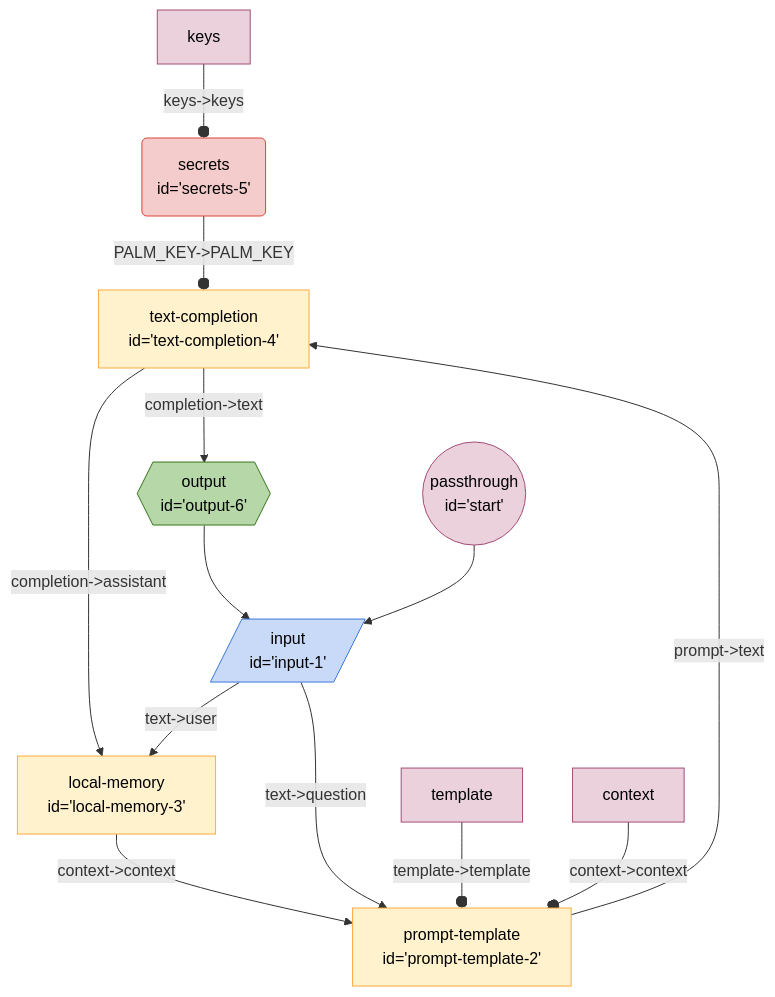
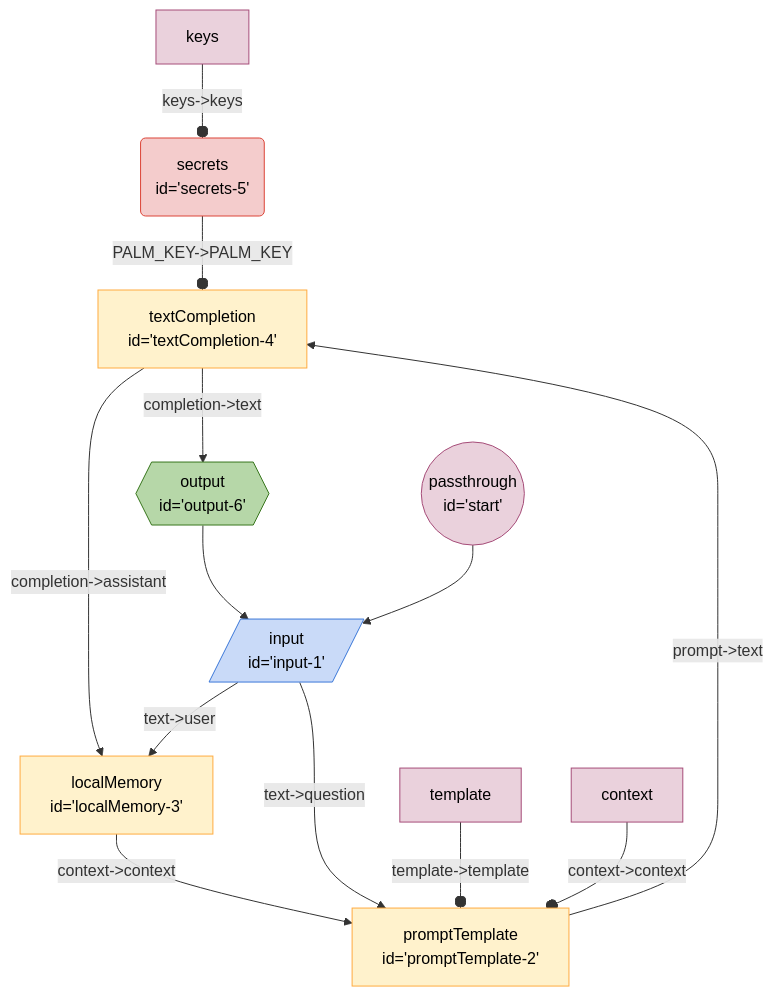
The diagram in seeds/graph-playground/docs/graphs/accumulating-context.md (breadboard-ai/breadboard), drawn with Mermaid before and after one commit. The commit also changed 41 other files, not shown here.

````diff
--- a/seeds/graph-playground/docs/graphs/accumulating-context.md
+++ b/seeds/graph-playground/docs/graphs/accumulating-context.md
@@ -5,42 +5,42 @@
   ```mermaid
   %%{init: 'themeVariables': { 'fontFamily': 'Fira Code, monospace' }}%%
 graph TD;
 secrets5("secrets
-id='secrets-5'"):::secrets -- "PALM_KEY->PALM_KEY" --o textcompletion4["text-completion
-id='text-completion-4'"]
-localmemory3["local-memory
-id='local-memory-3'"] -- "context->context" --> prompttemplate2["prompt-template
-id='prompt-template-2'"]
-textcompletion4["text-completion
-id='text-completion-4'"] -- "completion->assistant" --> localmemory3["local-memory
-id='local-memory-3'"]
+id='secrets-5'"):::secrets -- "PALM_KEY->PALM_KEY" --o textCompletion4["textCompletion
+id='textCompletion-4'"]
+localMemory3["localMemory
+id='localMemory-3'"] -- "context->context" --> promptTemplate2["promptTemplate
+id='promptTemplate-2'"]
+textCompletion4["textCompletion
+id='textCompletion-4'"] -- "completion->assistant" --> localMemory3["localMemory
+id='localMemory-3'"]
 output6{{"output
 id='output-6'"}}:::output --> input1[/"input
 id='input-1'"/]:::input
-textcompletion4["text-completion
-id='text-completion-4'"] -- "completion->text" --> output6{{"output
+textCompletion4["textCompletion
+id='textCompletion-4'"] -- "completion->text" --> output6{{"output
 id='output-6'"}}:::output
-prompttemplate2["prompt-template
-id='prompt-template-2'"] -- "prompt->text" --> textcompletion4["text-completion
-id='text-completion-4'"]
+promptTemplate2["promptTemplate
+id='promptTemplate-2'"] -- "prompt->text" --> textCompletion4["textCompletion
+id='textCompletion-4'"]
 input1[/"input
-id='input-1'"/]:::input -- "text->question" --> prompttemplate2["prompt-template
-id='prompt-template-2'"]
+id='input-1'"/]:::input -- "text->question" --> promptTemplate2["promptTemplate
+id='promptTemplate-2'"]
 input1[/"input
-id='input-1'"/]:::input -- "text->user" --> localmemory3["local-memory
-id='local-memory-3'"]
+id='input-1'"/]:::input -- "text->user" --> localMemory3["localMemory
+id='localMemory-3'"]
 start(("passthrough
 id='start'")):::passthrough --> input1[/"input
 id='input-1'"/]:::input
-templateprompttemplate2[template]:::config -- "template->template" --o prompttemplate2
-contextprompttemplate2[context]:::config -- "context->context" --o prompttemplate2
+templatepromptTemplate2[template]:::config -- "template->template" --o promptTemplate2
+contextpromptTemplate2[context]:::config -- "context->context" --o promptTemplate2
 keyssecrets5[keys]:::config -- "keys->keys" --o secrets5
 classDef default stroke:#ffab40,fill:#fff2ccff,color:#000
 classDef input stroke:#3c78d8,fill:#c9daf8ff,color:#000
 classDef output stroke:#38761d,fill:#b6d7a8ff,color:#000
 classDef passthrough stroke:#a64d79,fill:#ead1dcff,color:#000
 classDef slot stroke:#a64d79,fill:#ead1dcff,color:#000
 classDef config stroke:#a64d79,fill:#ead1dcff,color:#000
 classDef secrets stroke:#db4437,fill:#f4cccc,color:#000
 classDef slotted stroke:#a64d79
   ```
````
